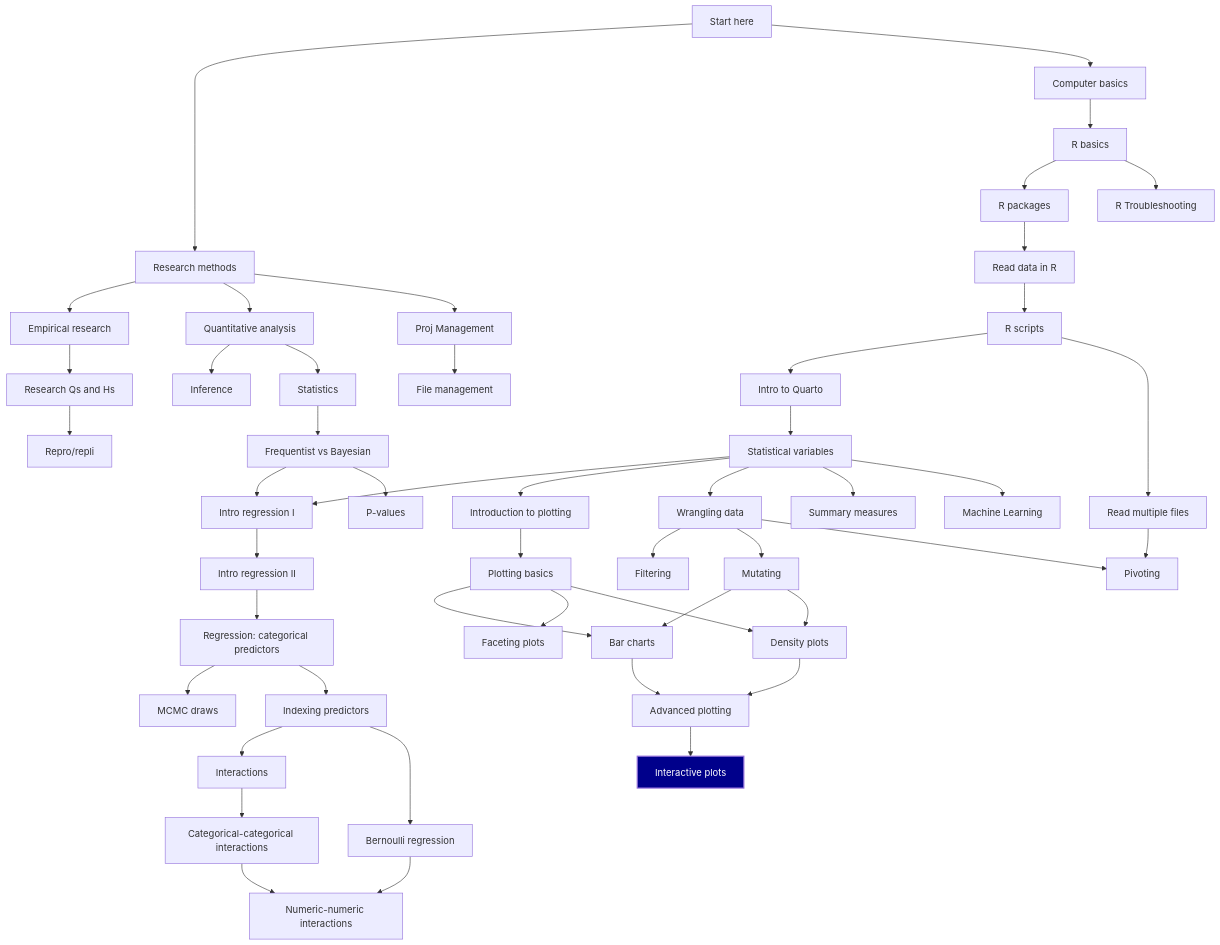
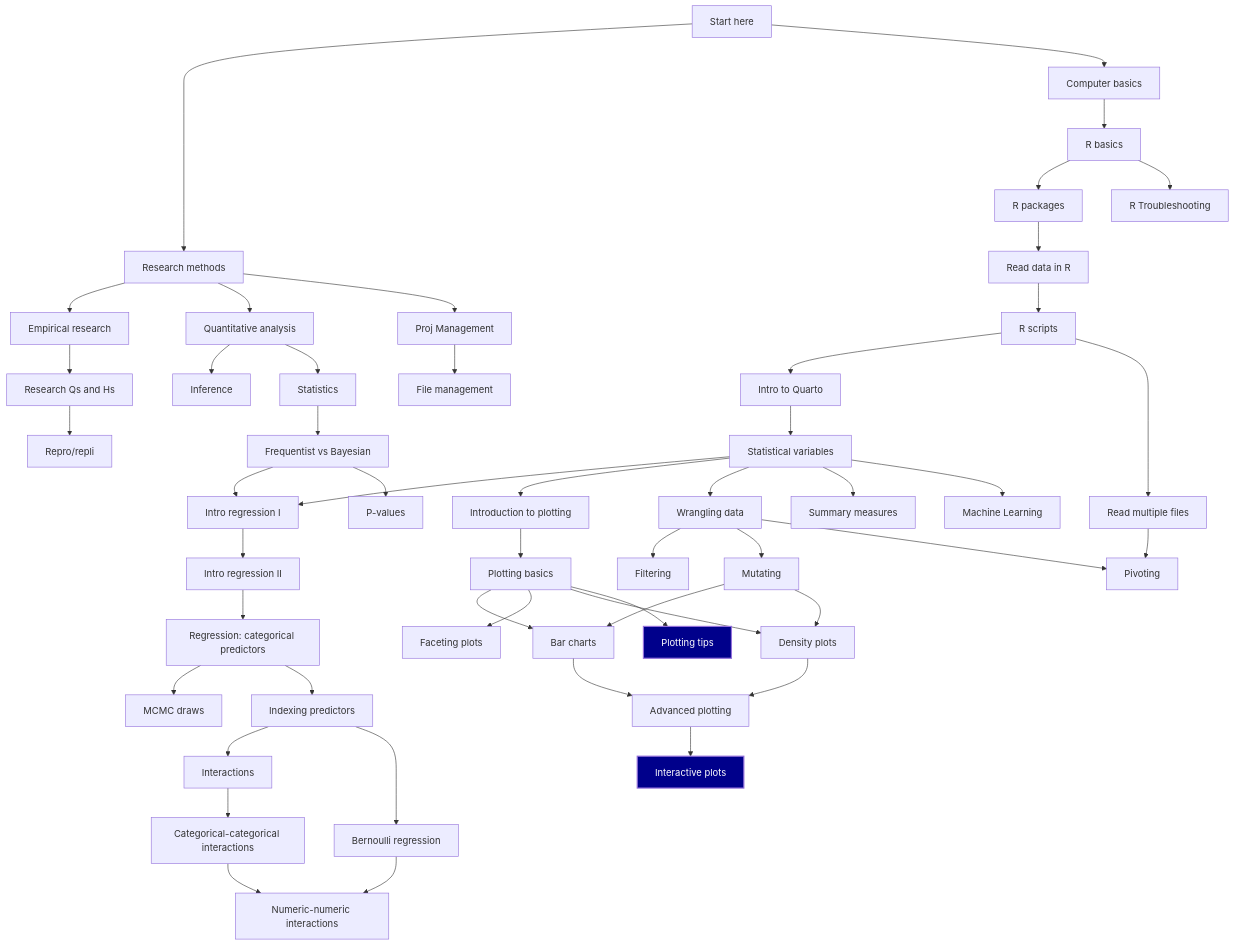
Before and after one commit to uoelel/qml: the diagram in map.qmd, drawn with Mermaid. The commit also changed 10 other files, not shown here.

Commit message:
add plotting tips entry

````diff
--- a/map.qmd
+++ b/map.qmd
@@ -103,6 +103,10 @@
   
   AR[Interactive plots]
   click AR href "posts/plot-plotly.html" "Go to page"
+  style AR fill:#00008B,color:#FFF,stroke-width:2px
+  AS[Plotting tips]
+  click AS href "posts/plot-galleries.html" "Go to page"
+  style AS fill:#00008B,color:#FFF,stroke-width:2px
   
   A --> B & C
   
@@ -127,7 +131,7 @@
   E --> J & K & L & AC & AL
   
   K --> M
-  M --> N & Z & AA
+  M --> N & Z & AA & AS
   N --> AB
   AA --> AB
   AB --> AR
@@ -143,5 +147,5 @@
   X --> AQ
   
   
-  style AR fill:#00008B,color:#FFF,stroke-width:2px
+  
 ```
````
